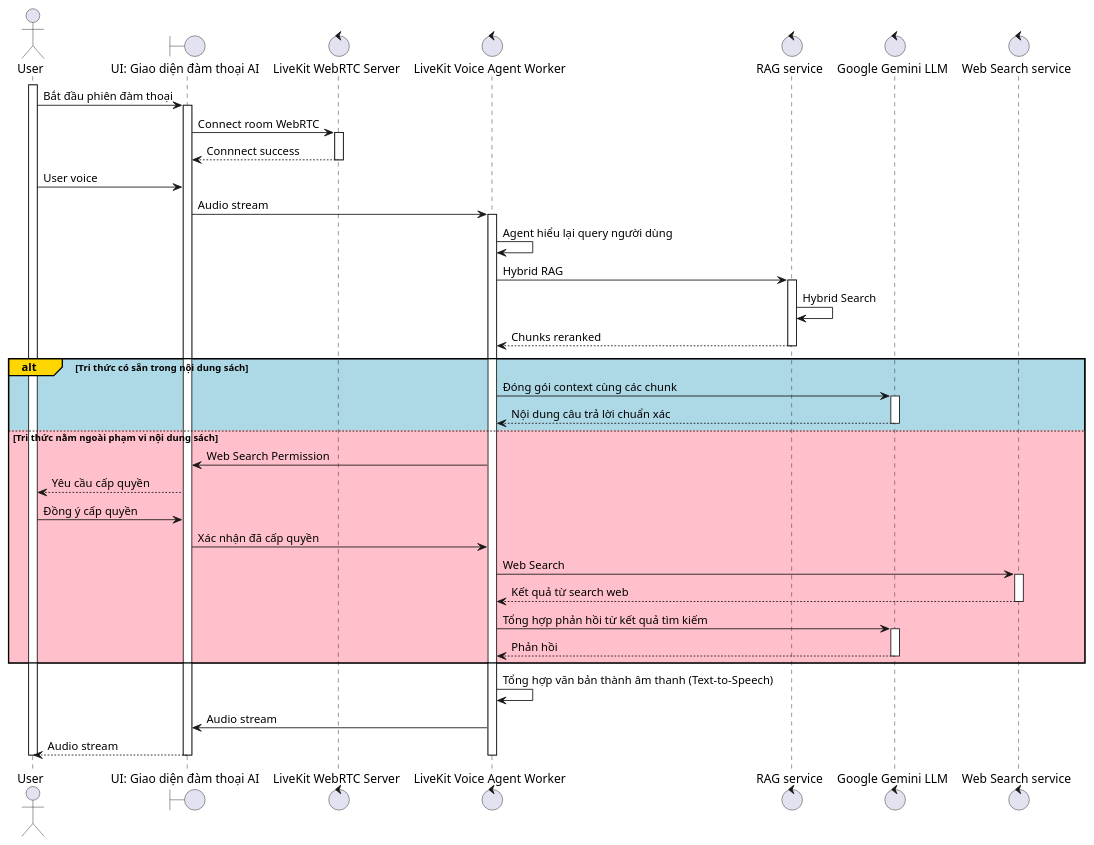
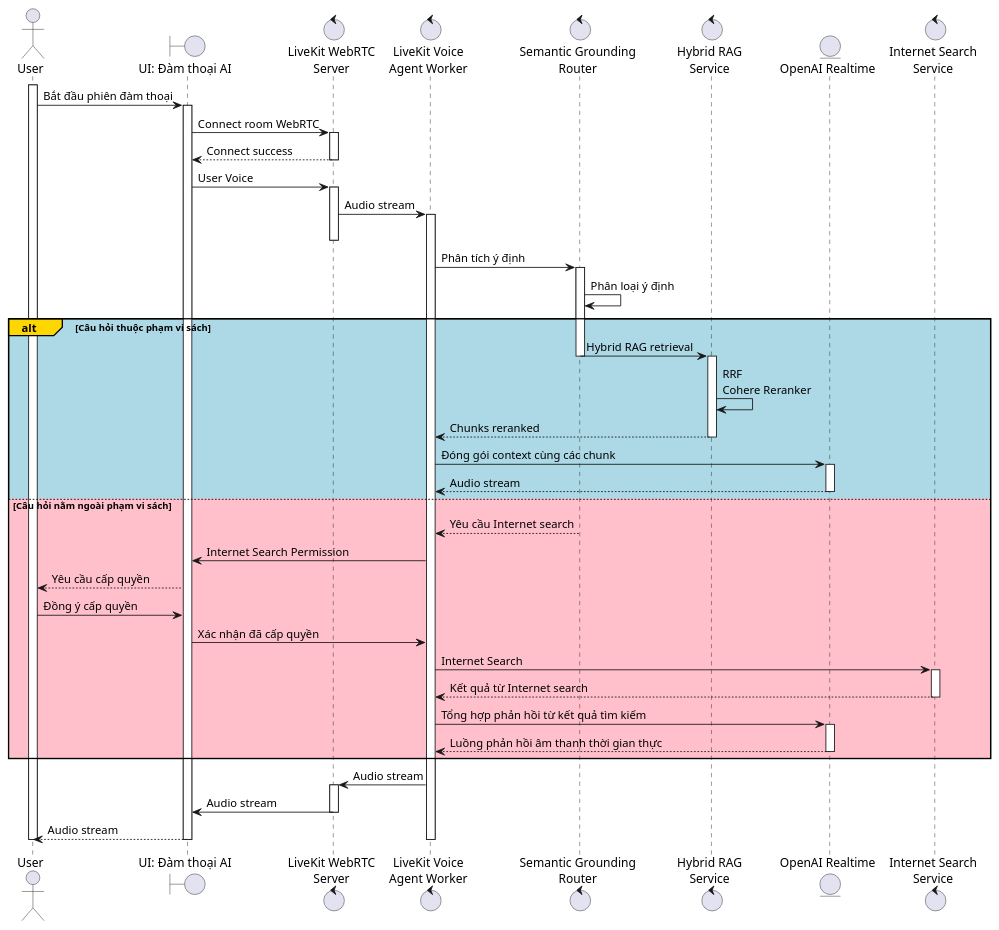
Before and after one commit to KhoaSinno/triam-backend: the diagram in _docs_capstone/_dia/Sequence/UC005_RealtimeVoiceAgentRAG.puml, drawn with PlantUML.

Commit message:
capstone: update uc 005

```diff
--- a/_docs_capstone/_dia/Sequence/UC005_RealtimeVoiceAgentRAG.puml
+++ b/_docs_capstone/_dia/Sequence/UC005_RealtimeVoiceAgentRAG.puml
@@ -1,61 +1,74 @@
 @startuml SequenceRealtimeVoiceAgentRAG
 
 actor "User" as user
-boundary "UI: Giao diện đàm thoại AI" as ui_voice
-control "LiveKit WebRTC Server" as livekit
-control "LiveKit Voice Agent Worker" as agent
-control "RAG service" as rag
-control "Google Gemini LLM" as llm
-control "Web Search service" as web_search
+boundary "UI: Đàm thoại AI" as ui_voice
+control "LiveKit WebRTC\nServer" as livekit
+control "LiveKit Voice\nAgent Worker" as agent
+control "Semantic Grounding\nRouter" as router
+control "Hybrid RAG\nService" as rag
+entity "OpenAI Realtime" as openai
+control "Internet Search\nService" as internet_search
 
 activate user
 user -> ui_voice: Bắt đầu phiên đàm thoại
 activate ui_voice
 
 ui_voice -> livekit: Connect room WebRTC
 activate livekit
-livekit --> ui_voice: Connnect success
+livekit --> ui_voice: Connect success
 deactivate livekit
 
-user -> ui_voice: User voice
-ui_voice -> agent: Audio stream
+ui_voice -> livekit: User Voice
+activate livekit
+livekit -> agent: Audio stream
 activate agent
+deactivate livekit
 
-agent -> agent: Agent hiểu lại query người dùng
-agent -> rag: Hybrid RAG
-activate rag
-rag -> rag: Hybrid Search
-rag --> agent: Chunks reranked
-deactivate rag
+agent -> router: Phân tích ý định
+activate router
+router -> router: Phân loại ý định
 
-alt#Gold #LightBlue Tri thức có sẵn trong nội dung sách
-    agent -> llm: Đóng gói context cùng các chunk
-    activate llm
-    llm --> agent: Nội dung câu trả lời chuẩn xác
-    deactivate llm
-else #Pink Tri thức nằm ngoài phạm vi nội dung sách
-    agent -> ui_voice: Web Search Permission
+alt#Gold #LightBlue Câu hỏi thuộc phạm vi sách
+    router -> rag: Hybrid RAG retrieval
+    deactivate router
+    activate rag
+    rag -> rag: RRF\nCohere Reranker
+    rag --> agent: Chunks reranked
+    deactivate rag
+
+    agent -> openai: Đóng gói context cùng các chunk
+    activate openai
+    openai --> agent: Audio stream
+    deactivate openai
+else #Pink Câu hỏi nằm ngoài phạm vi sách
+    router --> agent: Yêu cầu Internet search
+    deactivate router
+
+    agent -> ui_voice: Internet Search Permission
     ui_voice --> user: Yêu cầu cấp quyền
-    user -> ui_voice: Đồng ý cấp quyền 
+    user -> ui_voice: Đồng ý cấp quyền
     ui_voice -> agent: Xác nhận đã cấp quyền
 
-    agent -> web_search: Web Search
-    activate web_search
-    web_search --> agent: Kết quả từ search web
-    deactivate web_search
+    agent -> internet_search: Internet Search
+    activate internet_search
+    internet_search --> agent: Kết quả từ Internet search
+    deactivate internet_search
 
-    agent -> llm: Tổng hợp phản hồi từ kết quả tìm kiếm
-    activate llm
-    llm --> agent: Phản hồi
-    deactivate llm
+    agent -> openai: Tổng hợp phản hồi từ kết quả tìm kiếm
+    activate openai
+    openai --> agent: Luồng phản hồi âm thanh thời gian thực
+    deactivate openai
 end
 
-agent -> agent: Tổng hợp văn bản thành âm thanh (Text-to-Speech)
-agent -> ui_voice: Audio stream
+agent -> livekit: Audio stream
+activate livekit
+livekit -> ui_voice: Audio stream
+deactivate livekit
+
 ui_voice --> user: Audio stream
 
 deactivate agent
 deactivate ui_voice
 deactivate user
 
 @enduml
```
